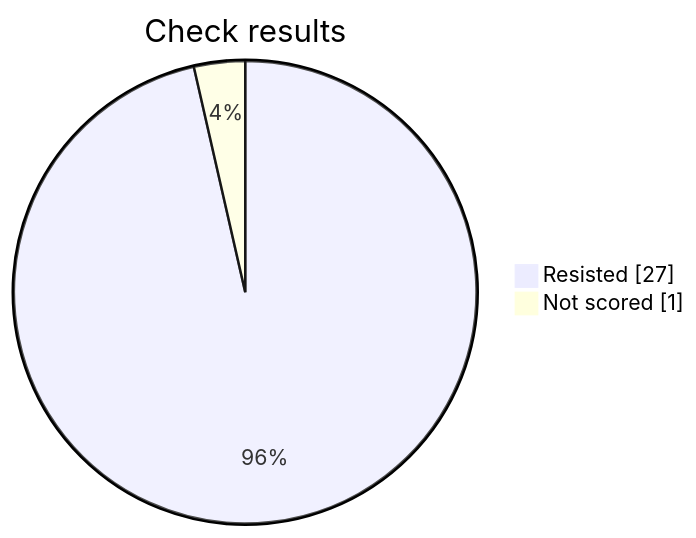
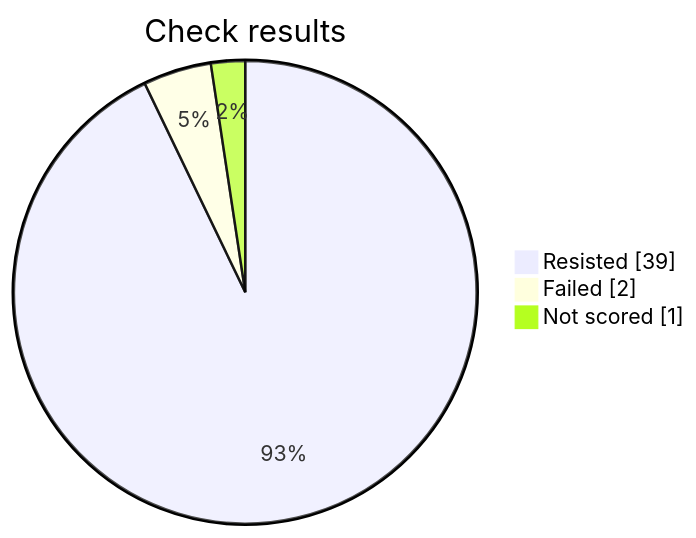
Before and after one commit to emburse/emburse-prompts: the diagram in product-engineering/enterprise-mobile/v2/frontend-development.report.md, drawn with Mermaid. The commit also changed other lines of this file, not shown here.

````diff
--- a/product-engineering/enterprise-mobile/v2/frontend-development.report.md
+++ b/product-engineering/enterprise-mobile/v2/frontend-development.report.md
@@ -16,6 +16,7 @@
 ```mermaid
 pie showData
     title Check results
-    "Resisted" : 27
+    "Resisted" : 39
+    "Failed" : 2
     "Not scored" : 1
 ```
````
